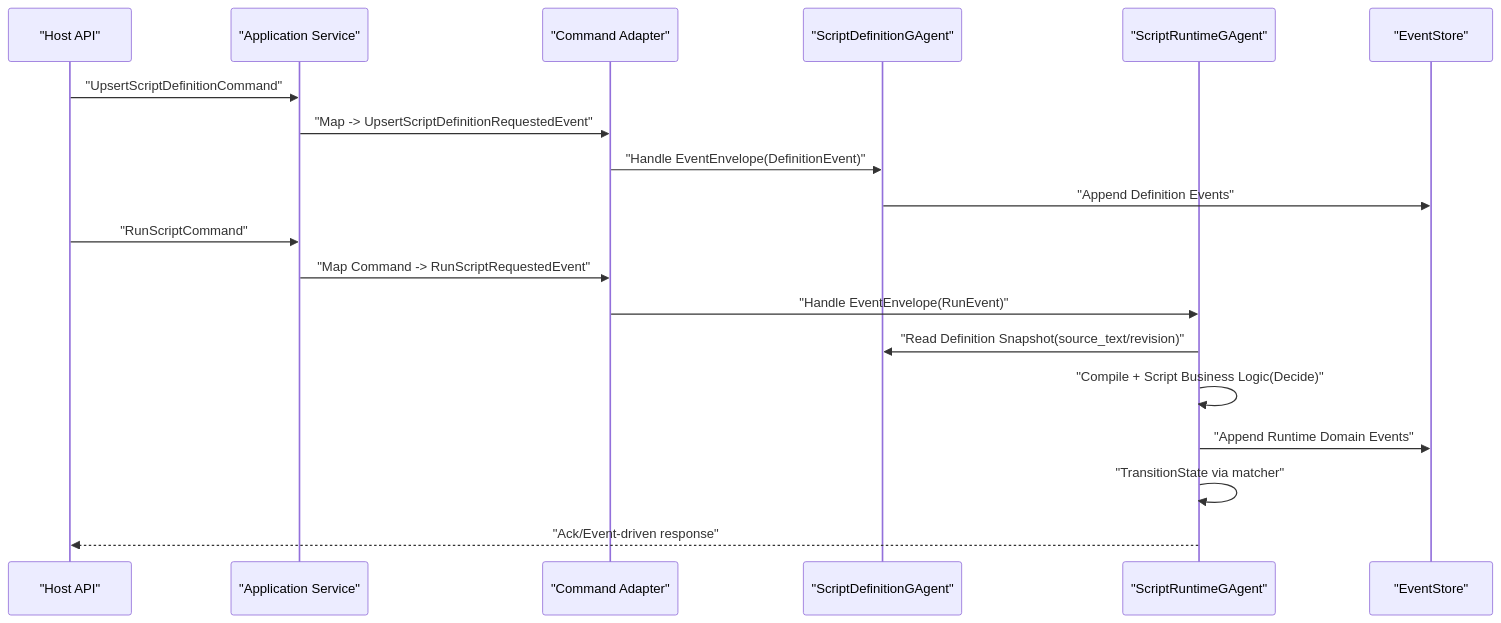
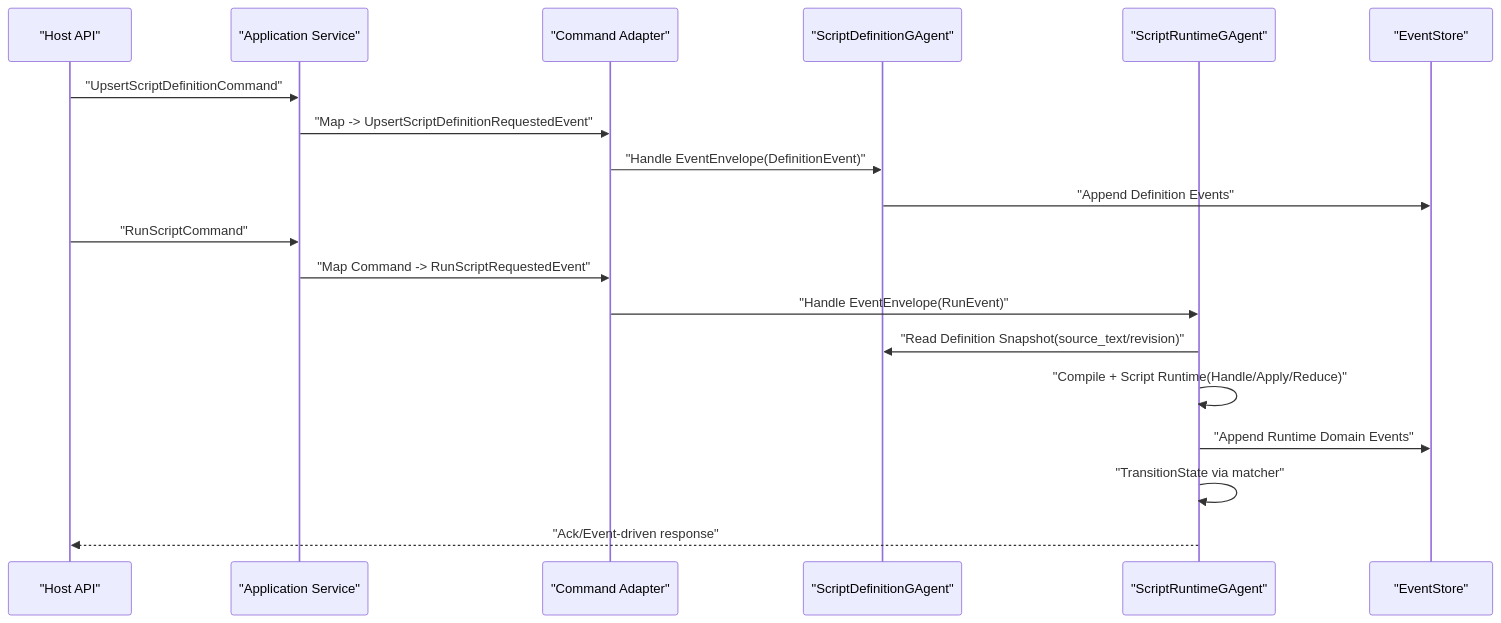
One commit to aevatarAI/aevatar changed the second of 2 diagrams in docs/architecture/csharp-script-gagent-detailed-architecture.md. Above: the diagram before and after it, drawn with Mermaid. The commit also changed other lines of this file and 52 other files, not shown here.

First line of the commit message:
Refactor C# Script GAgent architecture for V2 implementation

````diff
--- a/docs/architecture/csharp-script-gagent-detailed-architecture.md
+++ b/docs/architecture/csharp-script-gagent-detailed-architecture.md
@@ -123,23 +134,23 @@
 ```mermaid
 %%{init: {"maxTextSize": 100000, "sequence": {"useMaxWidth": false, "actorMargin": 20, "messageMargin": 15, "diagramMarginX": 20, "diagramMarginY": 10}, "themeVariables": {"fontSize": "10px"}}}%%
 sequenceDiagram
     participant API as "Host API"
     participant APP as "Application Service"
     participant ADA as "Command Adapter"
     participant DEF as "ScriptDefinitionGAgent"
     participant RUN as "ScriptRuntimeGAgent"
     participant ES as "EventStore"
 
     API->>APP: "UpsertScriptDefinitionCommand"
     APP->>ADA: "Map -> UpsertScriptDefinitionRequestedEvent"
     ADA->>DEF: "Handle EventEnvelope(DefinitionEvent)"
     DEF->>ES: "Append Definition Events"
     API->>APP: "RunScriptCommand"
     APP->>ADA: "Map Command -> RunScriptRequestedEvent"
     ADA->>RUN: "Handle EventEnvelope(RunEvent)"
     RUN->>DEF: "Read Definition Snapshot(source_text/revision)"
-    RUN->>RUN: "Compile + Script Business Logic(Decide)"
+    RUN->>RUN: "Compile + Script Runtime(Handle/Apply/Reduce)"
     RUN->>ES: "Append Runtime Domain Events"
     RUN->>RUN: "TransitionState via matcher"
     RUN-->>API: "Ack/Event-driven response"
 ```
````
